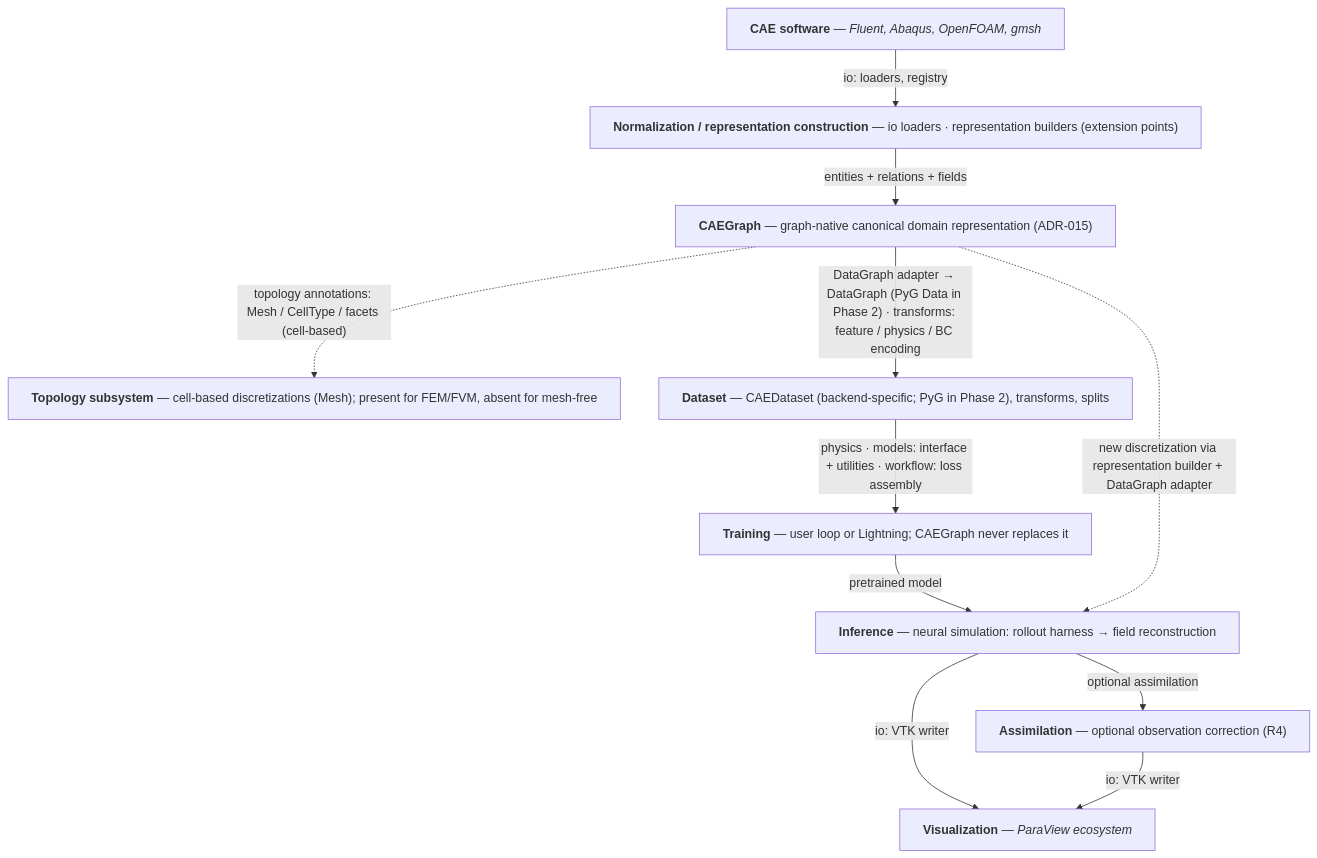
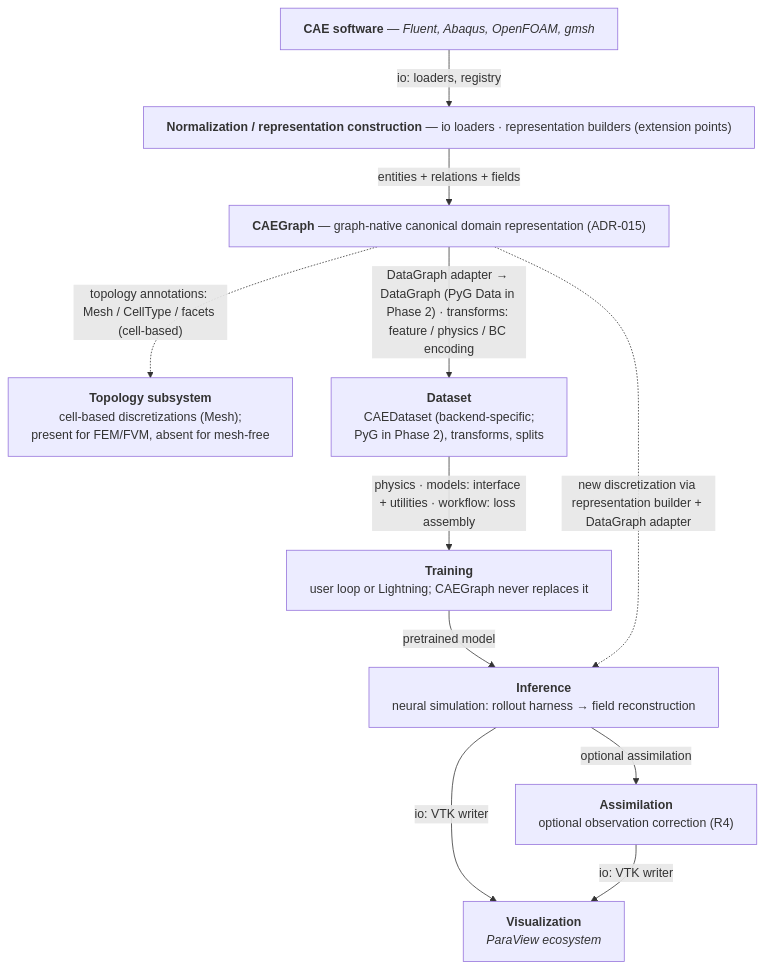
The first of 5 diagrams in architecture/ARCHITECTURE.md (XYChouMian/caegraph), drawn with Mermaid before and after one commit. The commit also changed other lines of this file and 2 other files, not shown here.

Commit message:
docs(architecture): wrap long mermaid labels and sync hierarchy diagrams

````diff
--- a/architecture/ARCHITECTURE.md
+++ b/architecture/ARCHITECTURE.md
@@ -20,27 +20,27 @@
 ```mermaid
 flowchart TD
     classDef nowrap white-space:nowrap
 
     A["<b>CAE software</b> — <i>Fluent, Abaqus, OpenFOAM, gmsh</i>"]
     B["<b>Normalization / representation construction</b> — io loaders · representation builders (extension points)"]
     C["<b>CAEGraph</b> — graph-native canonical domain representation (ADR-015)"]
-    T["<b>Topology subsystem</b> — cell-based discretizations (Mesh); present for FEM/FVM, absent for mesh-free"]
-    D["<b>Dataset</b> — CAEDataset (backend-specific; PyG in Phase 2), transforms, splits"]
-    E["<b>Training</b> — user loop or Lightning; CAEGraph never replaces it"]
-    F["<b>Inference</b> — neural simulation: rollout harness → field reconstruction"]
-    G["<b>Assimilation</b> — optional observation correction (R4)"]
-    H["<b>Visualization</b> — <i>ParaView ecosystem</i>"]
+    T["<b>Topology subsystem</b><br>cell-based discretizations (Mesh);<br>present for FEM/FVM, absent for mesh-free"]
+    D["<b>Dataset</b><br>CAEDataset (backend-specific;<br>PyG in Phase 2), transforms, splits"]
+    E["<b>Training</b><br>user loop or Lightning; CAEGraph never replaces it"]
+    F["<b>Inference</b><br>neural simulation: rollout harness → field reconstruction"]
+    G["<b>Assimilation</b><br>optional observation correction (R4)"]
+    H["<b>Visualization</b><br><i>ParaView ecosystem</i>"]
 
     A -->|"io: loaders, registry"| B
     B -->|"entities + relations + fields"| C
     C -->|"DataGraph adapter → DataGraph (PyG Data in Phase 2) · transforms: feature / physics / BC encoding"| D
     D -->|"physics · models: interface + utilities · workflow: loss assembly"| E
     E -->|"pretrained model"| F
     C -.->|"new discretization via representation builder + DataGraph adapter"| F
     C -.->|"topology annotations: Mesh / CellType / facets (cell-based)"| T
     F -->|"io: VTK writer"| H
     F -->|"optional assimilation"| G
     G -->|"io: VTK writer"| H
 
     class A,B,C,D,E,F,G,H,T nowrap
 ```
````
